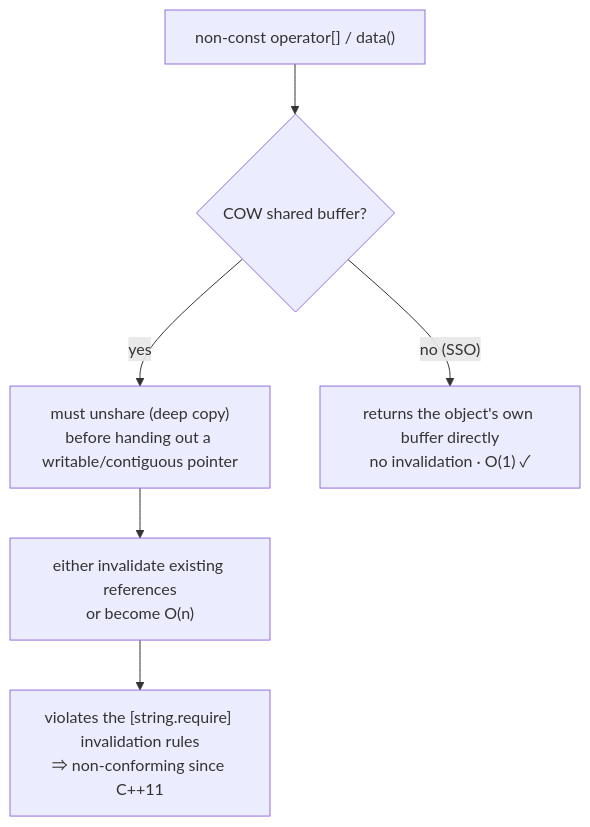
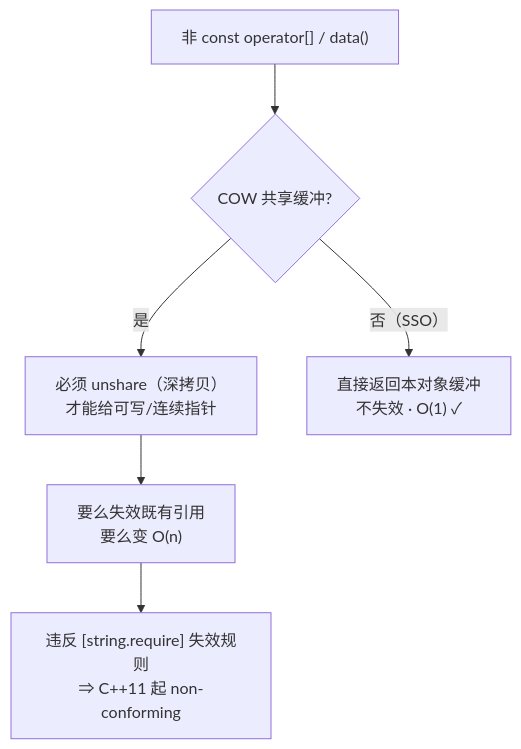
The second of 2 diagrams in documents/en/vol3-standard-library/containers/04-string-memory-deep-dive.md (Awesome-Embedded-Learning-Studio/Tutorial_AwesomeModernCPP), drawn with Mermaid before and after one commit. The commit also changed other lines of this file and 749 other files, not shown here.

````diff
--- a/documents/en/vol3-standard-library/containers/04-string-memory-deep-dive.md
+++ b/documents/en/vol3-standard-library/containers/04-string-memory-deep-dive.md
@@ -62,8 +62,8 @@
 ```mermaid
 flowchart TD
-    A["non-const operator[] / data()"] --> B{"COW shared buffer?"}
-    B -- "yes" --> C["must unshare (deep copy)<br/>before handing out a writable/contiguous pointer"]
-    C --> D["either invalidate existing references<br/>or become O(n)"]
-    D --> E["violates the [string.require] invalidation rules<br/>⇒ non-conforming since C++11"]
-    B -- "no (SSO)" --> F["returns the object's own buffer directly<br/>no invalidation · O(1) ✓"]
+    A["非 const operator[] / data()"] --> B{"COW 共享缓冲?"}
+    B -- "是" --> C["必须 unshare（深拷贝）<br/>才能给可写/连续指针"]
+    C --> D["要么失效既有引用<br/>要么变 O(n)"]
+    D --> E["违反 [string.require] 失效规则<br/>⇒ C++11 起 non-conforming"]
+    B -- "否（SSO）" --> F["直接返回本对象缓冲<br/>不失效 · O(1) ✓"]
 ```
````
